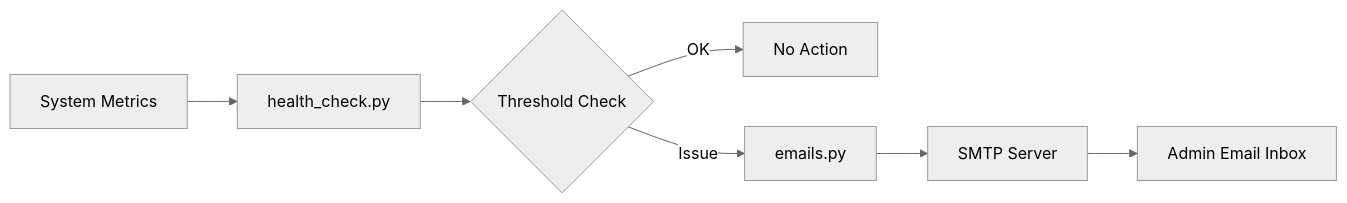
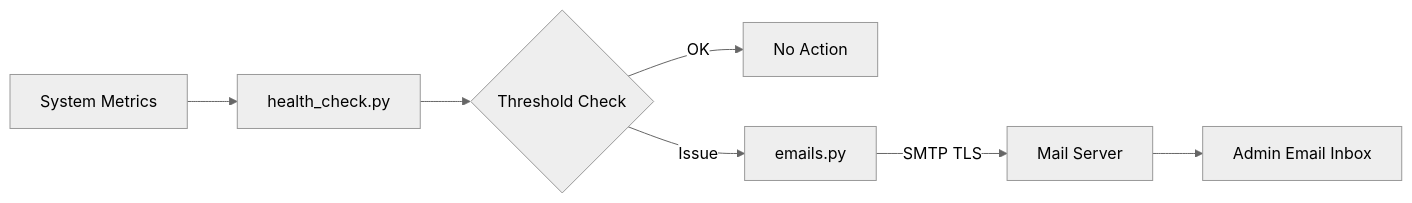
The diagram in 6_Automation_Reliability/System_Health_Monitoring/README.md (Jedidiah82/Analytics-GIS-GeoAI-Portfolio), drawn with Mermaid (neutral theme) before and after one commit. The commit also changed 2 other files, not shown here.

Commit message:
Update Mermaid and README

````diff
--- a/6_Automation_Reliability/System_Health_Monitoring/README.md
+++ b/6_Automation_Reliability/System_Health_Monitoring/README.md
@@ -51,9 +51,9 @@
 ```mermaid
 flowchart LR
     A[System Metrics] --> B[health_check.py]
     B --> C{Threshold Check}
     C -->|OK| D[No Action]
     C -->|Issue| E[emails.py]
-    E --> F[SMTP Server]
+    E -->|SMTP TLS| F[Mail Server]
     F --> G[Admin Email Inbox]
 ```
````
